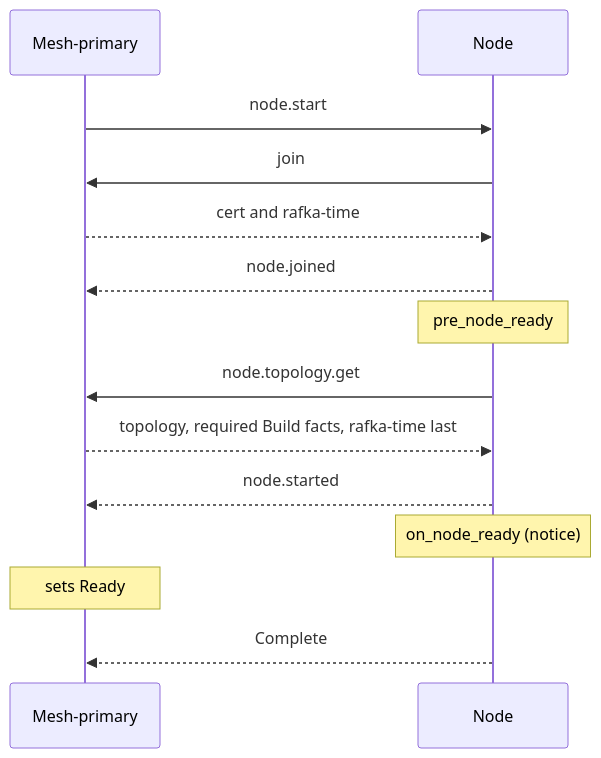
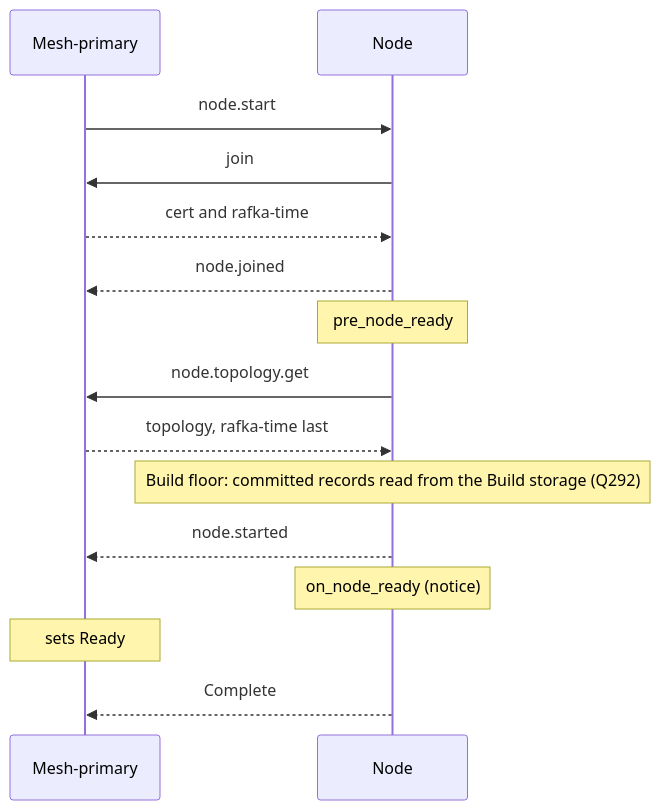
Before and after one commit to drlukeangel/rust-distributed-mesh: the diagram in docs/architecture/lifecycles/node-start.md, drawn with Mermaid. The commit also changed other lines of this file and 8 other files, not shown here.

````diff
--- a/docs/architecture/lifecycles/node-start.md
+++ b/docs/architecture/lifecycles/node-start.md
@@ -102,16 +100,17 @@
 ```mermaid
 sequenceDiagram
     participant M as Mesh-primary
     participant N as Node
     M->>N: node.start
     N->>M: join
     M-->>N: cert and rafka-time
     N-->>M: node.joined
     Note over N: pre_node_ready
     N->>M: node.topology.get
-    M-->>N: topology, required Build facts, rafka-time last
+    M-->>N: topology, rafka-time last
+    Note over N: Build floor: committed records read from the Build storage (Q292)
     N-->>M: node.started
     Note over N: on_node_ready (notice)
     Note over M: sets Ready
     N-->>M: Complete
 ```
````
